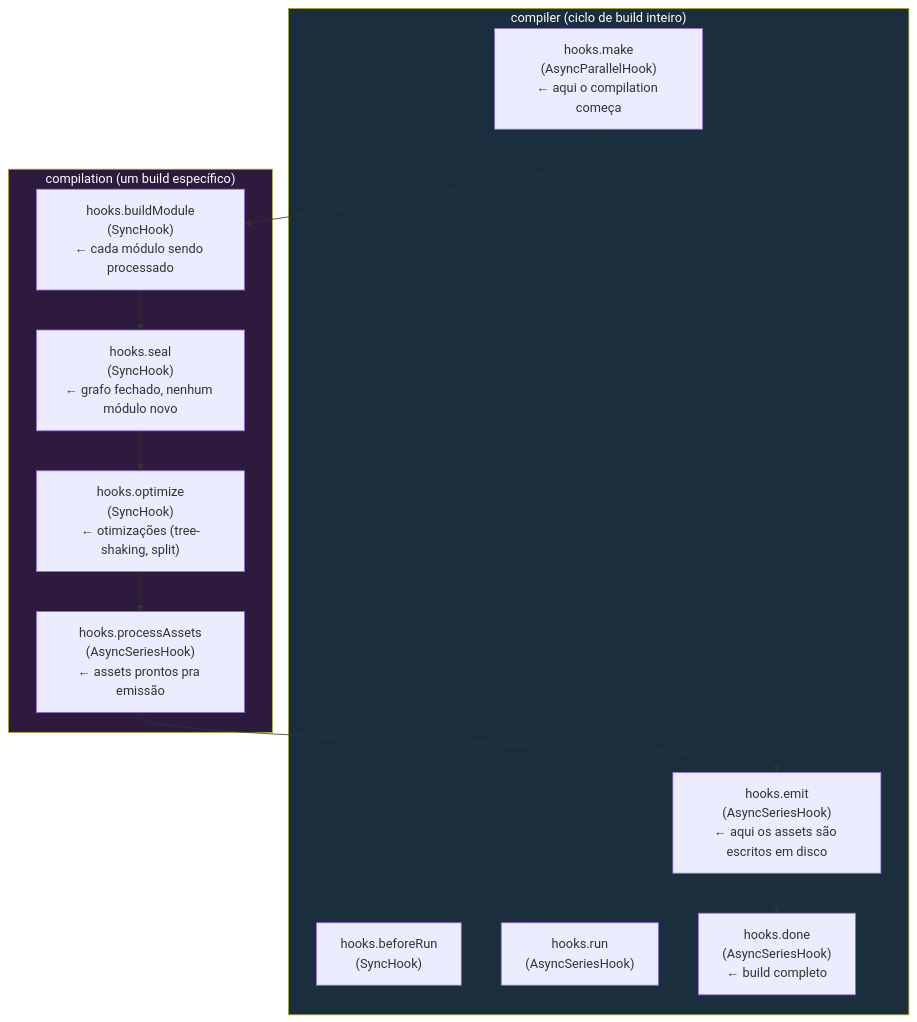
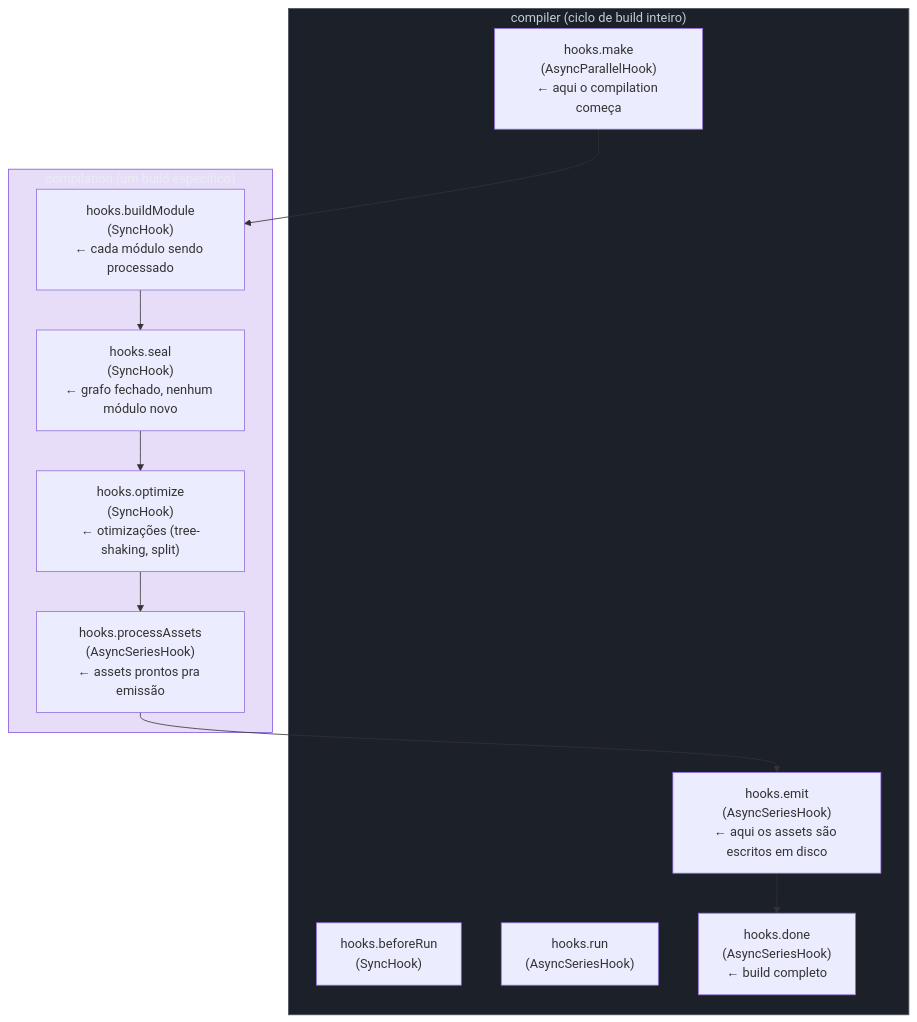
Before and after one commit to josenaldo/codex-technomanticus: the fourth of 10 diagrams in 03-Dominios/Tecnologia/Tooling e Build/11 - webpack - o veterano.md, drawn with Mermaid. The commit also changed other lines of this file and 1181 other files, not shown here.

First line of the commit message:
fix(diagramas): paleta do sistema no lugar de cor cravada no markdown

````diff
--- a/03-Dominios/Tecnologia/Tooling e Build/11 - webpack - o veterano.md
+++ b/03-Dominios/Tecnologia/Tooling e Build/11 - webpack - o veterano.md
@@ -242,22 +249,24 @@
 ```mermaid
 flowchart TD
+    classDef neutro fill:#1B2029,stroke:#4E5666,color:#C6CCD8
+    classDef marca fill:#8855DF33,stroke:#8855DF,color:#E9ECF2
     subgraph COMPILER["compiler (ciclo de build inteiro)"]
         C1["hooks.beforeRun\n(SyncHook)"]
         C2["hooks.run\n(AsyncSeriesHook)"]
         C3["hooks.make\n(AsyncParallelHook)\n← aqui o compilation começa"]
         C4["hooks.emit\n(AsyncSeriesHook)\n← aqui os assets são escritos em disco"]
         C5["hooks.done\n(AsyncSeriesHook)\n← build completo"]
     end
 
     subgraph COMPILATION["compilation (um build específico)"]
         D1["hooks.buildModule\n(SyncHook)\n← cada módulo sendo processado"]
         D2["hooks.seal\n(SyncHook)\n← grafo fechado, nenhum módulo novo"]
         D3["hooks.optimize\n(SyncHook)\n← otimizações (tree-shaking, split)"]
         D4["hooks.processAssets\n(AsyncSeriesHook)\n← assets prontos pra emissão"]
     end
 
     C3 --> D1 --> D2 --> D3 --> D4 --> C4 --> C5
 
-    style COMPILER fill:#1a2e3d,color:#fff
-    style COMPILATION fill:#2d1a3d,color:#fff
+    class COMPILER neutro
+    class COMPILATION marca
 ```
````
